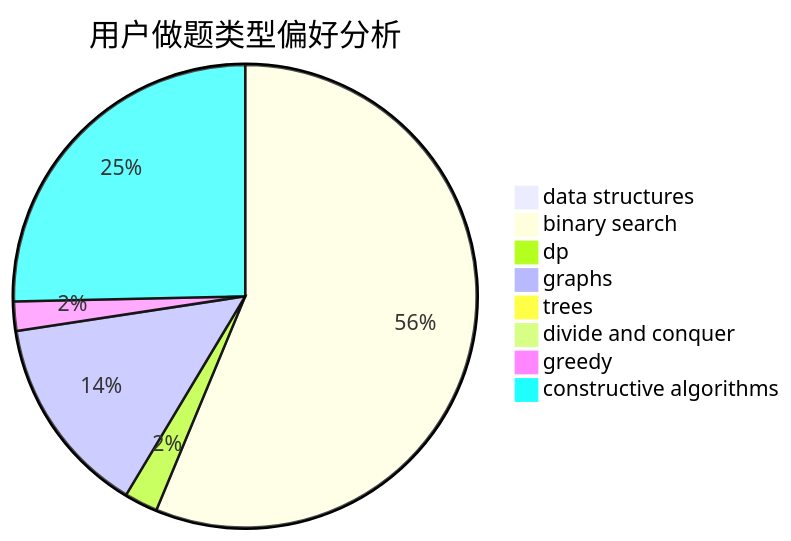
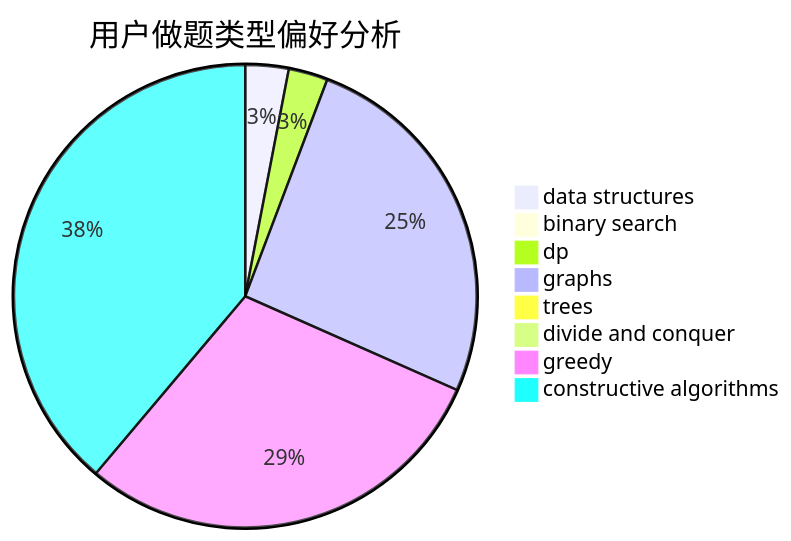
The second of 3 diagrams in docs/user/u2487.md (sherpahu/cfrs.github.io), drawn with Mermaid before and after one commit. The commit also changed other lines of this file and 2770 other files, not shown here.

````diff
--- a/docs/user/u2487.md
+++ b/docs/user/u2487.md
@@ -23,11 +23,11 @@
 ```mermaid
 pie title 用户做题类型偏好分析
-    "data structures" :  0
-    "binary search" :  193
-    "dp" :  8
-    "graphs" :  48
+    "data structures" :  33
+    "binary search" :  7
+    "dp" :  30
+    "graphs" :  283
     "trees" :  0
-    "divide and conquer" :  0
-    "greedy" :  7
-    "constructive algorithms" :  87
+    "divide and conquer" :  10
+    "greedy" :  323
+    "constructive algorithms" :  425
 ```
````
